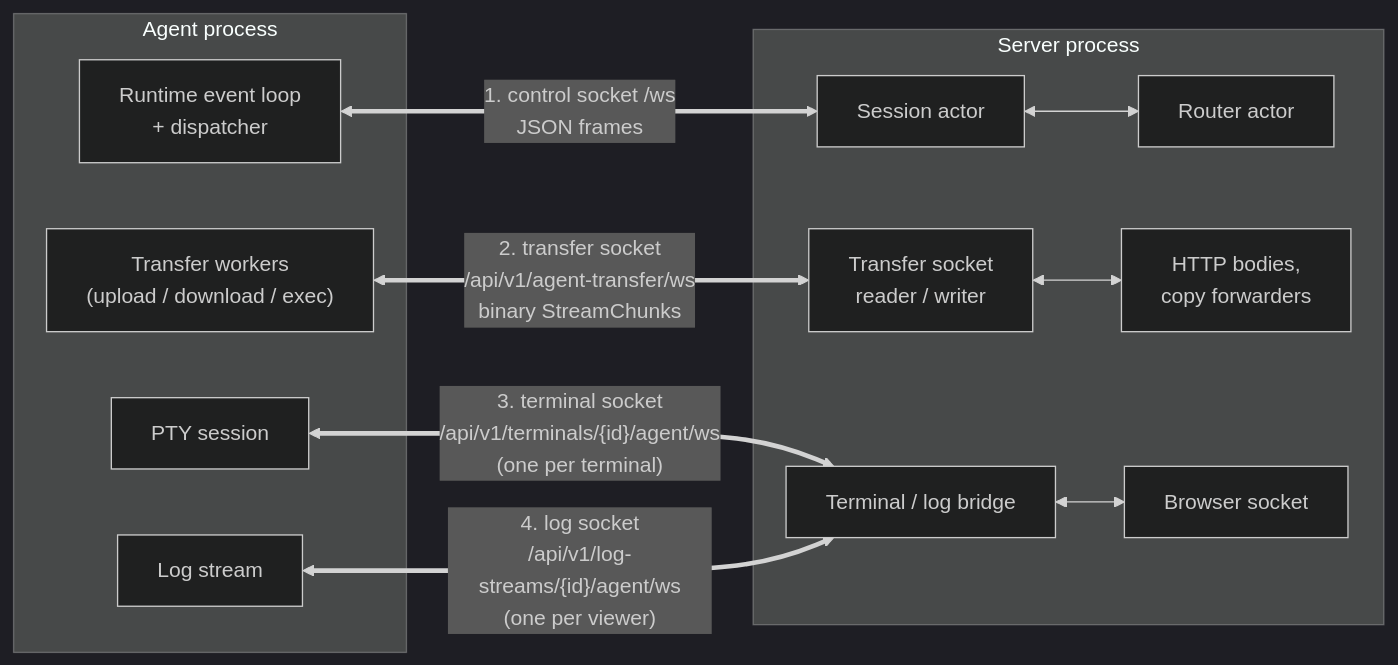
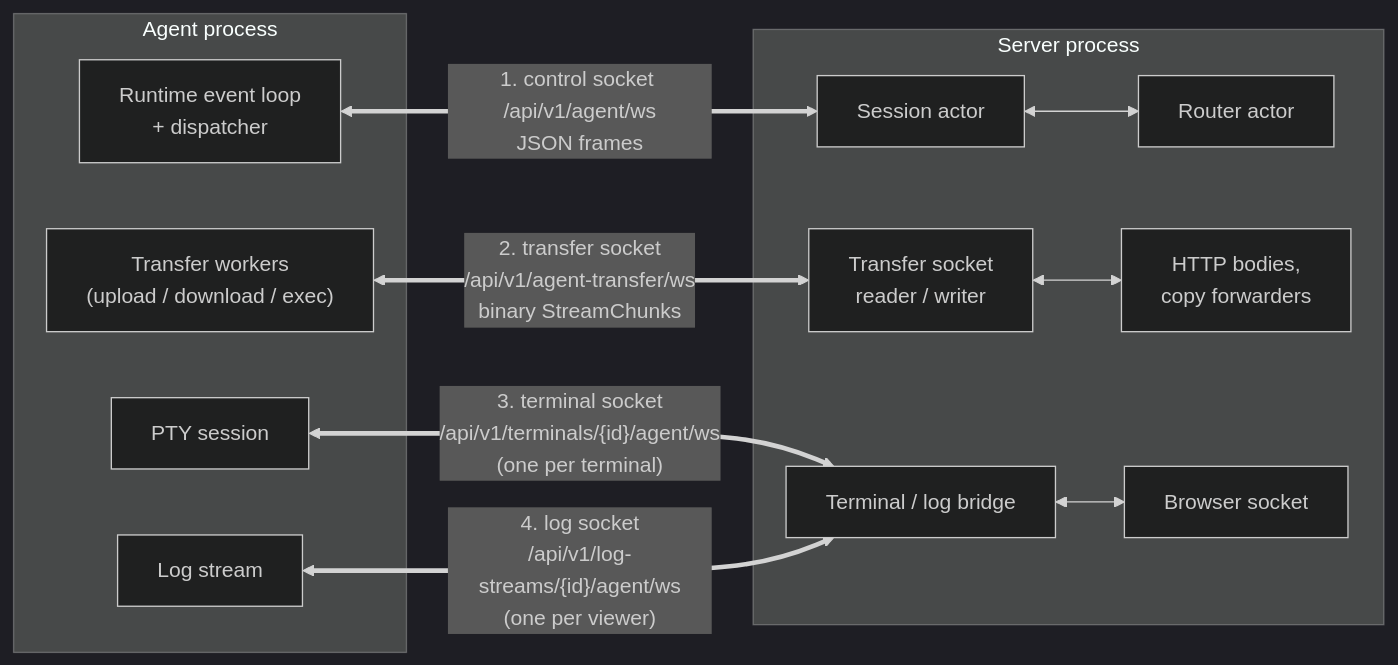
Before and after one commit to FruitieX/redoor: the third of 10 diagrams in ARCHITECTURE.md, drawn with Mermaid (dark theme). The commit also changed other lines of this file and 62 other files, not shown here.

````diff
--- a/ARCHITECTURE.md
+++ b/ARCHITECTURE.md
@@ -200,26 +206,26 @@
 ```mermaid
 flowchart LR
     subgraph agent["Agent process"]
         rt["Runtime event loop<br/>+ dispatcher"]
         workers["Transfer workers<br/>(upload / download / exec)"]
         pty["PTY session"]
         logs["Log stream"]
     end
 
     subgraph server["Server process"]
         session["Session actor"]
         router["Router actor"]
         reader["Transfer socket<br/>reader / writer"]
         consumers["HTTP bodies,<br/>copy forwarders"]
         bridge["Terminal / log bridge"]
         browser["Browser socket"]
     end
 
-    rt <==>|"1. control socket /ws<br/>JSON frames"| session
+    rt <==>|"1. control socket /api/v1/agent/ws<br/>JSON frames"| session
     session <--> router
     workers <==>|"2. transfer socket<br/>/api/v1/agent-transfer/ws<br/>binary StreamChunks"| reader
     reader <--> consumers
     pty <==>|"3. terminal socket<br/>/api/v1/terminals/{id}/agent/ws<br/>(one per terminal)"| bridge
     logs <==>|"4. log socket<br/>/api/v1/log-streams/{id}/agent/ws<br/>(one per viewer)"| bridge
     bridge <--> browser
 ```
````
